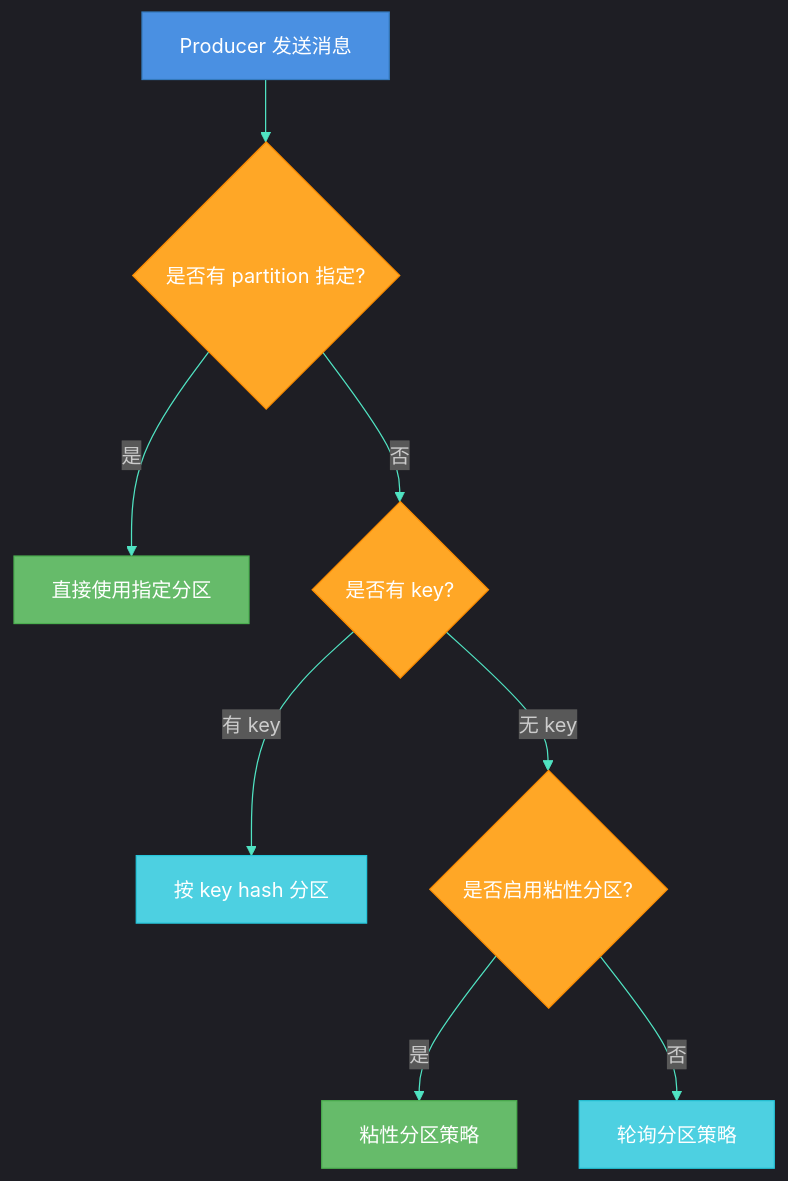
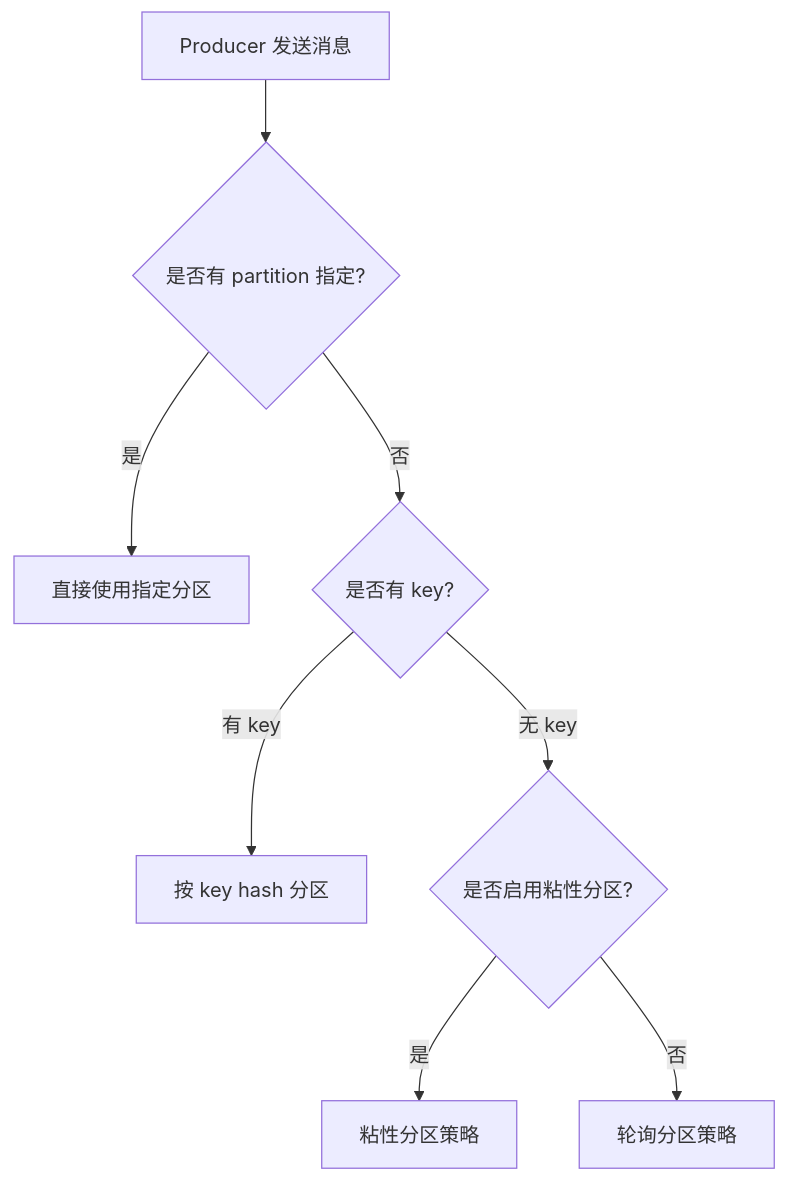
The eighth of 15 diagrams in 中间件/消息队列/kafka/第2章-核心原理.md (dd-xiaozhi/study-notes), drawn with Mermaid before and after one commit. The commit also changed other lines of this file and 45 other files, not shown here.

````diff
--- a/中间件/消息队列/kafka/第2章-核心原理.md
+++ b/中间件/消息队列/kafka/第2章-核心原理.md
@@ -480,34 +426,24 @@
 ```mermaid
-%%{init: {'theme': 'dark', 'themeVariables': {
+%%{ init: { 'theme': 'dark', 'themeVariables': {
     'primaryColor': '#4A90E2',
     'primaryTextColor': '#fff',
     'primaryBorderColor': '#357ABD',
     'lineColor': '#50E3C2',
     'secondaryColor': '#66BB6A',
     'tertiaryColor': '#9575CD',
     'noteBkgColor': '#2C3E50',
     'noteTextColor': '#ECF0F1',
     'actorBkg': '#4A90E2',
     'actorBorder': '#357ABD',
     'signalColor': '#50E3C2',
     'signalTextColor': '#fff'
-}}}%%
+} }%%
 flowchart TD
-    classDef primary fill:#4A90E2,stroke:#357ABD,color:#fff
-    classDef success fill:#66BB6A,stroke:#4CAF50,color:#fff
-    classDef warning fill:#FFA726,stroke:#FB8C00,color:#fff
-    classDef danger fill:#EF5350,stroke:#E53935,color:#fff
-    classDef purple fill:#9575CD,stroke:#7E57C2,color:#fff
-    classDef cyan fill:#4DD0E1,stroke:#26C6DA,color:#fff
     A[Producer 发送消息] --> B{是否有 partition 指定?}
     B -->|是| C[直接使用指定分区]
     B -->|否| D{是否有 key?}
     D -->|有 key| E[按 key hash 分区]
     D -->|无 key| F{是否启用粘性分区?}
     F -->|是| G[粘性分区策略]
     F -->|否| H[轮询分区策略]
-    class A primary
-    class B,D,F warning
-    class C,G success
-    class E,H cyan
 ```
````
